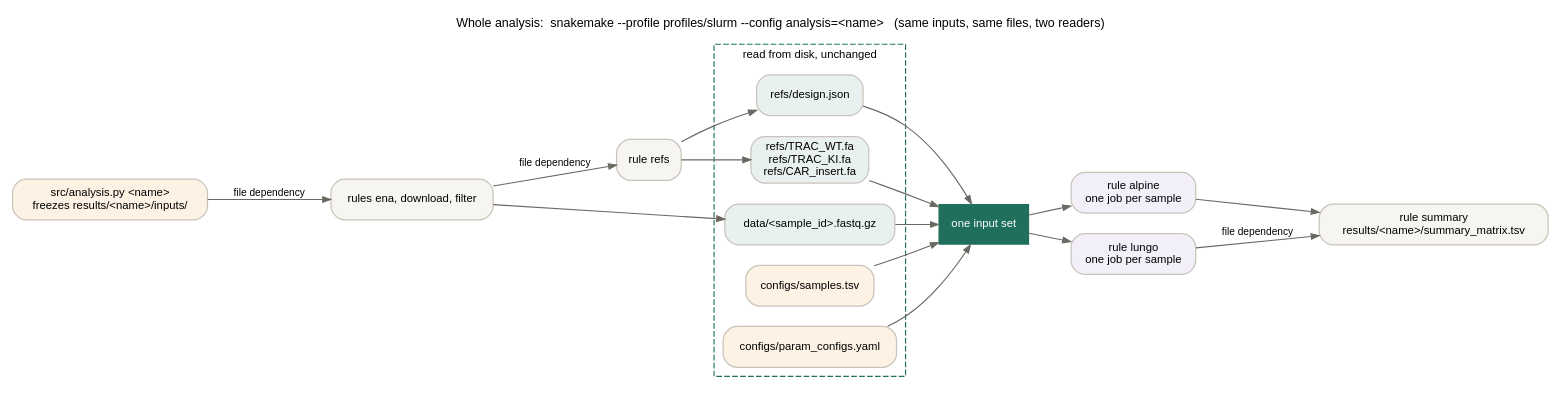
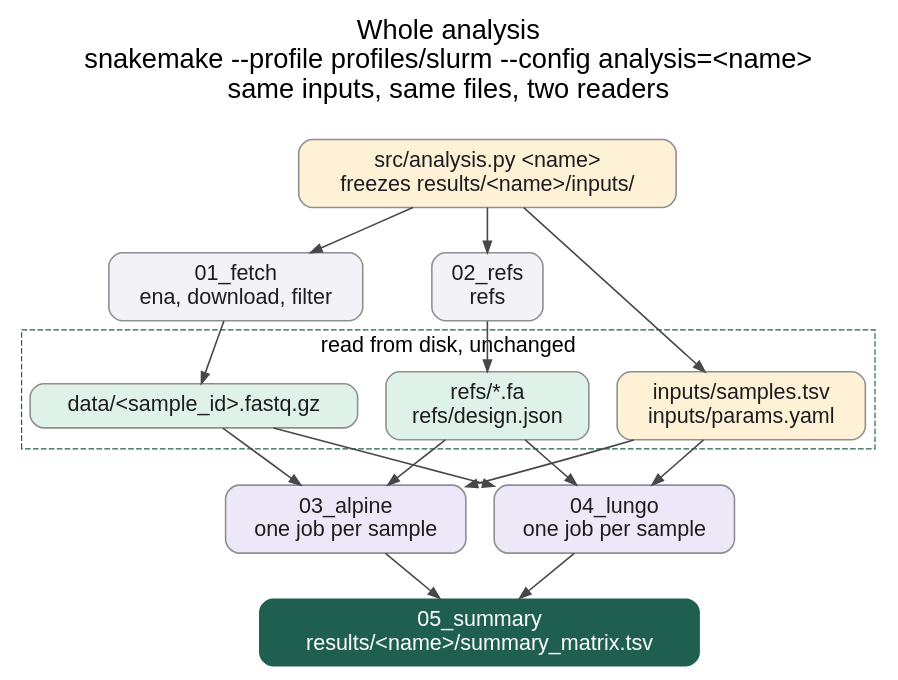
One commit to ssenci97/ONT-CRISPR-knock-in changed the diagram in docs/diagrams/03_all_tools.dot. Above: the diagram before and after it, drawn with Graphviz. The commit also changed 27 other files, not shown here.

```diff
--- a/docs/diagrams/03_all_tools.dot
+++ b/docs/diagrams/03_all_tools.dot
@@ -1,31 +1,26 @@
 digraph all_tools {
-  graph [rankdir=LR, bgcolor="white", fontname="Helvetica", fontsize=11, labelloc=t,
-         label="Whole analysis:  snakemake --profile profiles/slurm --config analysis=<name>   (same inputs, same files, two readers)"];
-  node [fontname="Helvetica", fontsize=10, shape=box, style="rounded,filled", color="#c9c4bb", penwidth=1.1];
-  edge [color="#6b6862", arrowsize=0.7];
+  graph [rankdir=TB, bgcolor="white", fontname="Helvetica", fontsize=24, labelloc=t, nodesep=0.35, ranksep=0.55,
+         label="Whole analysis\nsnakemake --profile profiles/slurm --config analysis=<name>\nsame inputs, same files, two readers\n "];
+  node [fontname="Helvetica", fontsize=19, shape=box, style="rounded,filled", color="#8e8e93", penwidth=1.4, fontcolor="#1d1d1f", margin="0.2,0.12"];
+  edge [color="#48484a", arrowsize=1.0, penwidth=1.4, fontname="Helvetica", fontsize=16];
 
-  c1 [label="src/analysis.py <name>\nfreezes results/<name>/inputs/", fillcolor="#fdf2e3"];
-  c3 [label="rules ena, download, filter", fillcolor="#f6f5f2"];
-  c4 [label="rule refs", fillcolor="#f6f5f2"];
-  c1 -> c3 -> c4 [label="file dependency", fontsize=9, fontname="Helvetica"];
+  c1 [label="src/analysis.py <name>\nfreezes results/<name>/inputs/", fillcolor="#fff1d6"];
+  c3 [label="01_fetch\nena, download, filter", fillcolor="#f2f2f7"];
+  c4 [label="02_refs\nrefs", fillcolor="#f2f2f7"];
+  c1 -> c3; c1 -> c4;
 
   subgraph cluster_in {
-    label="read from disk, unchanged"; fontname="Helvetica"; fontsize=10; color="#1f6f5c"; style=dashed;
-    fastq  [label="data/<sample_id>.fastq.gz", fillcolor="#e8f1ee"];
-    refs   [label="refs/TRAC_WT.fa\nrefs/TRAC_KI.fa\nrefs/CAR_insert.fa", fillcolor="#e8f1ee"];
-    design [label="refs/design.json", fillcolor="#e8f1ee"];
-    sheet  [label="configs/samples.tsv", fillcolor="#fdf2e3"];
-    yaml   [label="configs/param_configs.yaml", fillcolor="#fdf2e3"];
+    label="read from disk, unchanged"; fontname="Helvetica"; fontsize=19; color="#1f5f4f"; style=dashed;
+    fastq  [label="data/<sample_id>.fastq.gz", fillcolor="#dff2ea"];
+    refs   [label="refs/*.fa\nrefs/design.json", fillcolor="#dff2ea"];
+    frozen [label="inputs/samples.tsv\ninputs/params.yaml", fillcolor="#fff1d6"];
   }
-  c3 -> fastq; c4 -> refs; c4 -> design;
+  c3 -> fastq; c4 -> refs; c1 -> frozen;
 
-  contract [label="one input set", shape=box, style=filled, fillcolor="#1f6f5c", fontcolor="white", penwidth=0];
-  fastq -> contract; refs -> contract; design -> contract; sheet -> contract; yaml -> contract;
+  a [label="03_alpine\none job per sample", fillcolor="#ece8f7"];
+  l [label="04_lungo\none job per sample", fillcolor="#ece8f7"];
+  fastq -> a; refs -> a; frozen -> a; fastq -> l; refs -> l; frozen -> l;
 
-  a [label="rule alpine\none job per sample", fillcolor="#f2eff9"];
-  l [label="rule lungo\none job per sample", fillcolor="#f2eff9"];
-  contract -> a; contract -> l;
-
-  s [label="rule summary\nresults/<name>/summary_matrix.tsv", fillcolor="#f6f5f2"];
-  a -> s; l -> s [label="file dependency", fontsize=9, fontname="Helvetica"];
+  s [label="05_summary\nresults/<name>/summary_matrix.tsv", fillcolor="#1f5f4f", fontcolor="white", penwidth=0];
+  a -> s; l -> s;
 }
```
